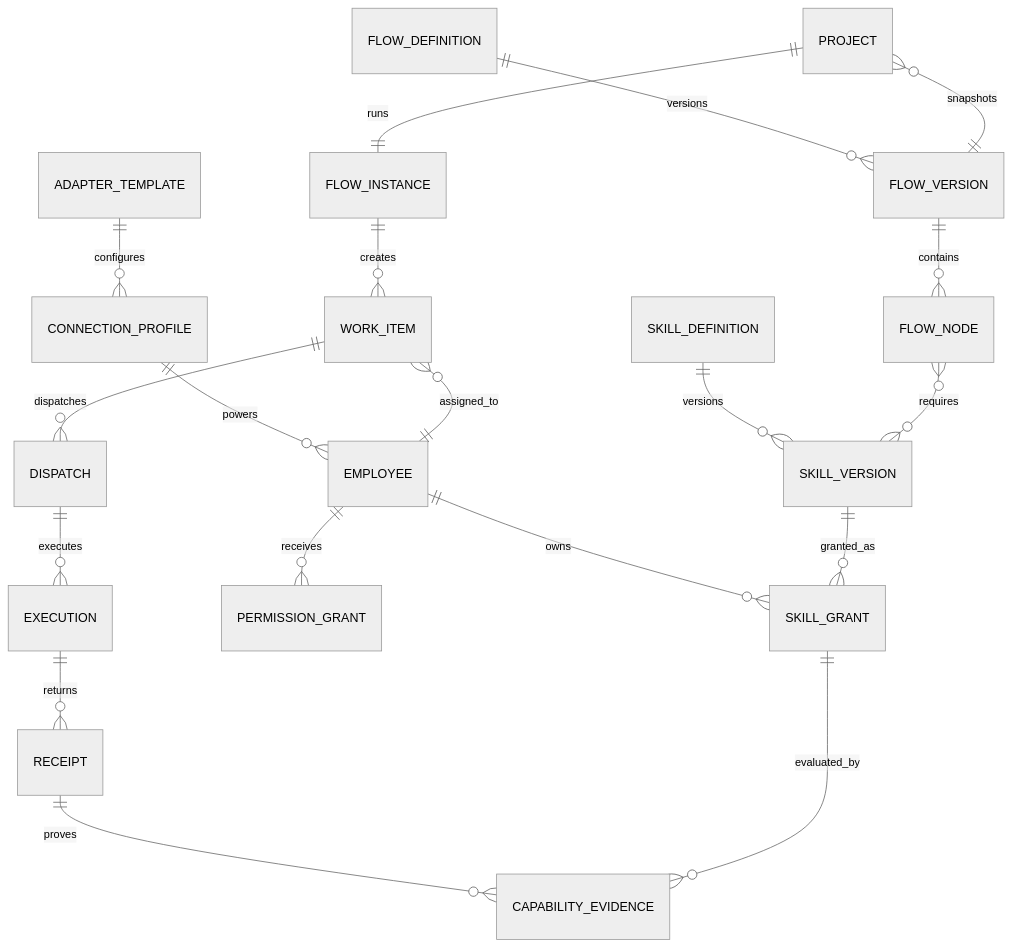
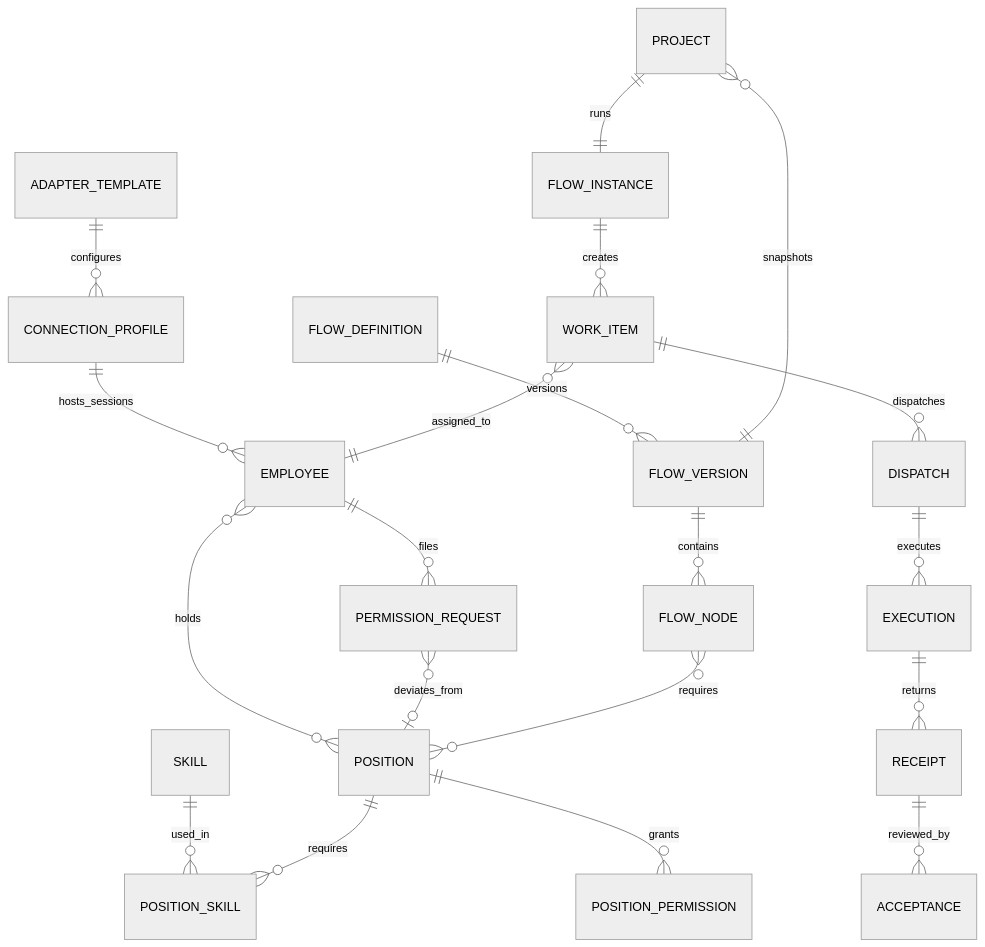
Before and after one commit to greatweir-star/nomos: the diagram in 产品开发/nomos-desktop/docs/NOMOS-PRD.md, drawn with Mermaid (neutral theme). The commit also changed other lines of this file and 9 other files, not shown here.

````diff
--- a/产品开发/nomos-desktop/docs/NOMOS-PRD.md
+++ b/产品开发/nomos-desktop/docs/NOMOS-PRD.md
@@ -175,21 +213,22 @@
 ```mermaid
 erDiagram
     ADAPTER_TEMPLATE ||--o{ CONNECTION_PROFILE : configures
-    CONNECTION_PROFILE ||--o{ EMPLOYEE : powers
-    EMPLOYEE ||--o{ SKILL_GRANT : owns
-    SKILL_DEFINITION ||--o{ SKILL_VERSION : versions
-    SKILL_VERSION ||--o{ SKILL_GRANT : granted_as
-    EMPLOYEE ||--o{ PERMISSION_GRANT : receives
+    CONNECTION_PROFILE ||--o{ EMPLOYEE : hosts_sessions
+    SKILL ||--o{ POSITION_SKILL : used_in
+    POSITION ||--o{ POSITION_SKILL : requires
+    POSITION ||--o{ POSITION_PERMISSION : grants
+    EMPLOYEE }o--o{ POSITION : holds
+    EMPLOYEE ||--o{ PERMISSION_REQUEST : files
+    PERMISSION_REQUEST }o--o| POSITION : deviates_from
     FLOW_DEFINITION ||--o{ FLOW_VERSION : versions
     FLOW_VERSION ||--o{ FLOW_NODE : contains
-    FLOW_NODE }o--o{ SKILL_VERSION : requires
+    FLOW_NODE }o--o{ POSITION : requires
     PROJECT }o--|| FLOW_VERSION : snapshots
     PROJECT ||--|| FLOW_INSTANCE : runs
     FLOW_INSTANCE ||--o{ WORK_ITEM : creates
     WORK_ITEM }o--|| EMPLOYEE : assigned_to
     WORK_ITEM ||--o{ DISPATCH : dispatches
     DISPATCH ||--o{ EXECUTION : executes
     EXECUTION ||--o{ RECEIPT : returns
-    RECEIPT ||--o{ CAPABILITY_EVIDENCE : proves
-    SKILL_GRANT ||--o{ CAPABILITY_EVIDENCE : evaluated_by
+    RECEIPT ||--o{ ACCEPTANCE : reviewed_by
 ```
````
